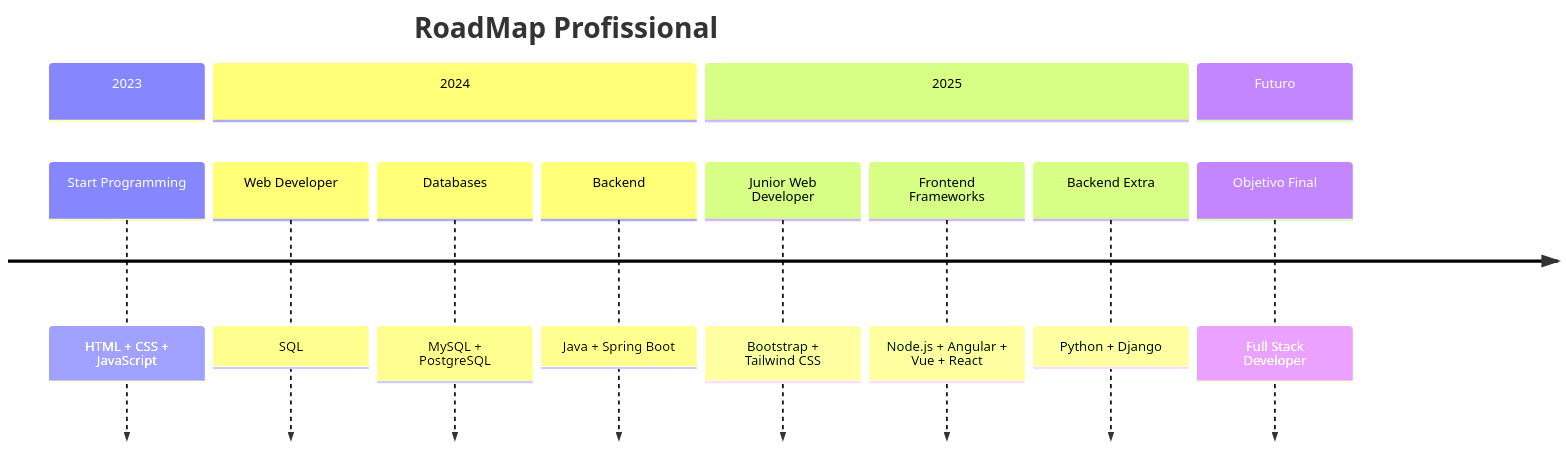
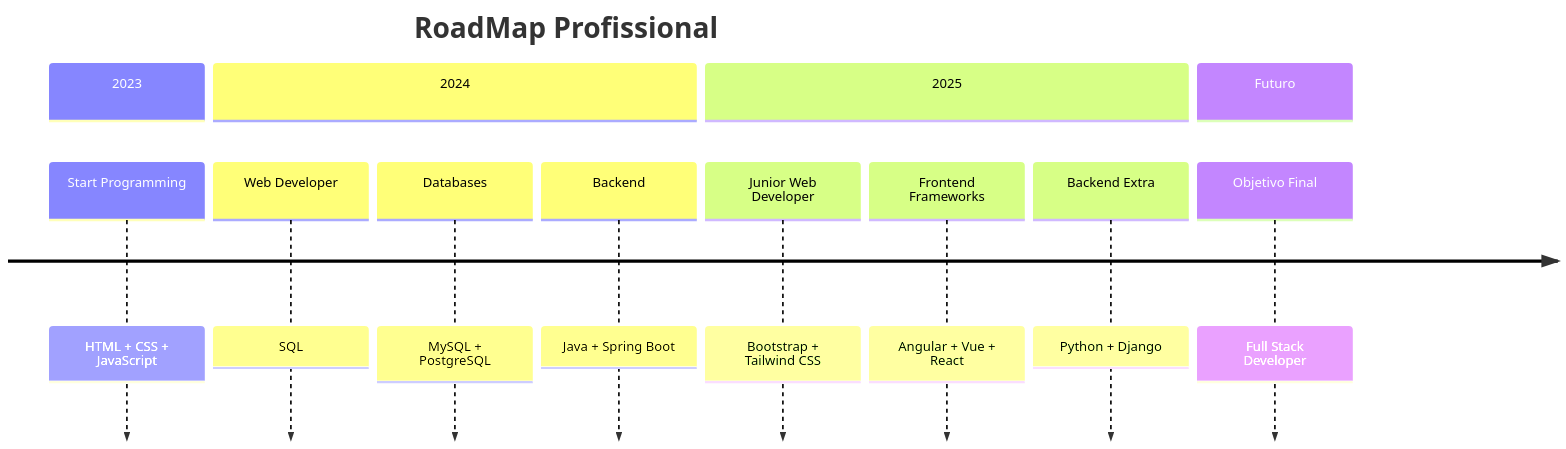
Before and after one commit to M4uroL/M4uroL: the diagram in README.md, drawn with Mermaid. The commit also changed other lines of this file, not shown here.

````diff
--- a/README.md
+++ b/README.md
@@ -155,16 +154,16 @@
 ```mermaid
 timeline
     title RoadMap Profissional
     section 2023
       Start Programming : HTML + CSS + JavaScript
     section 2024
       Web Developer : SQL
       Databases : MySQL + PostgreSQL
       Backend : Java + Spring Boot
     section 2025
       Junior Web Developer : Bootstrap + Tailwind CSS
-      Frontend Frameworks : Node.js + Angular + Vue + React
+      Frontend Frameworks : Angular + Vue + React
       Backend Extra : Python + Django
     section Futuro
        Objetivo Final : Full Stack Developer
 ```
````
